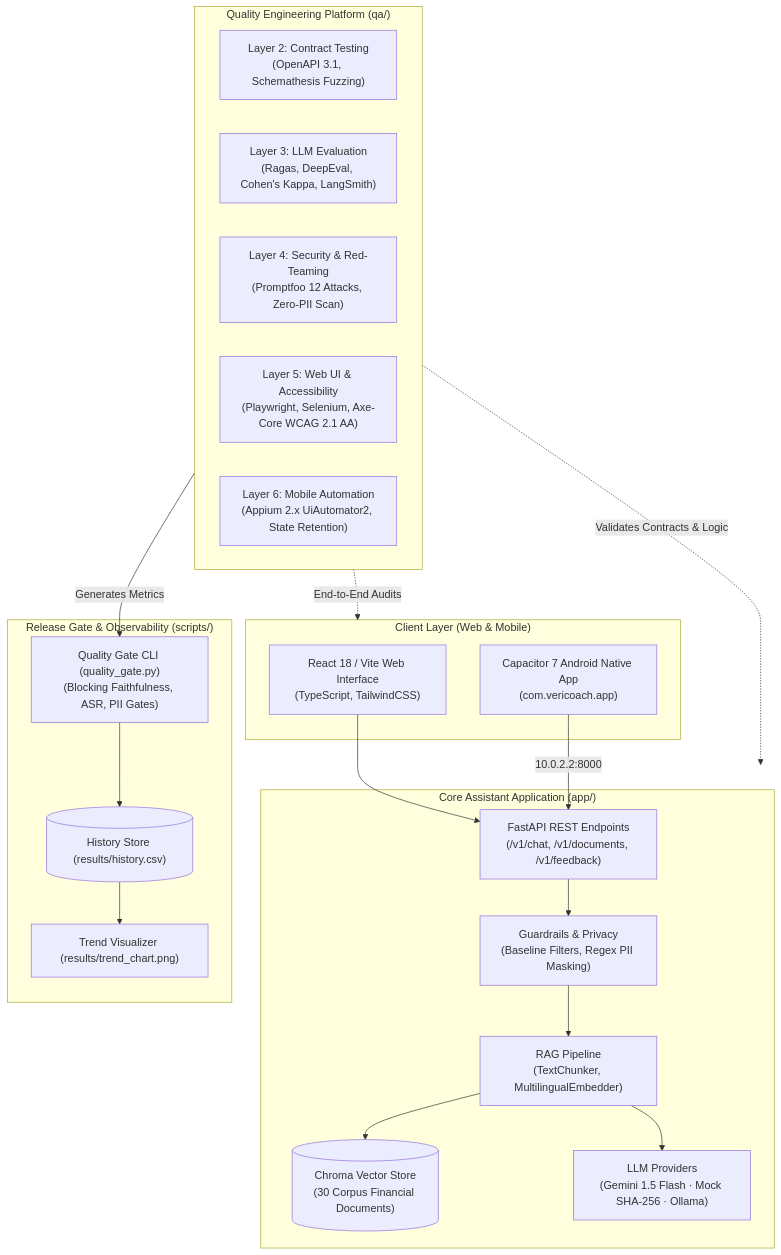
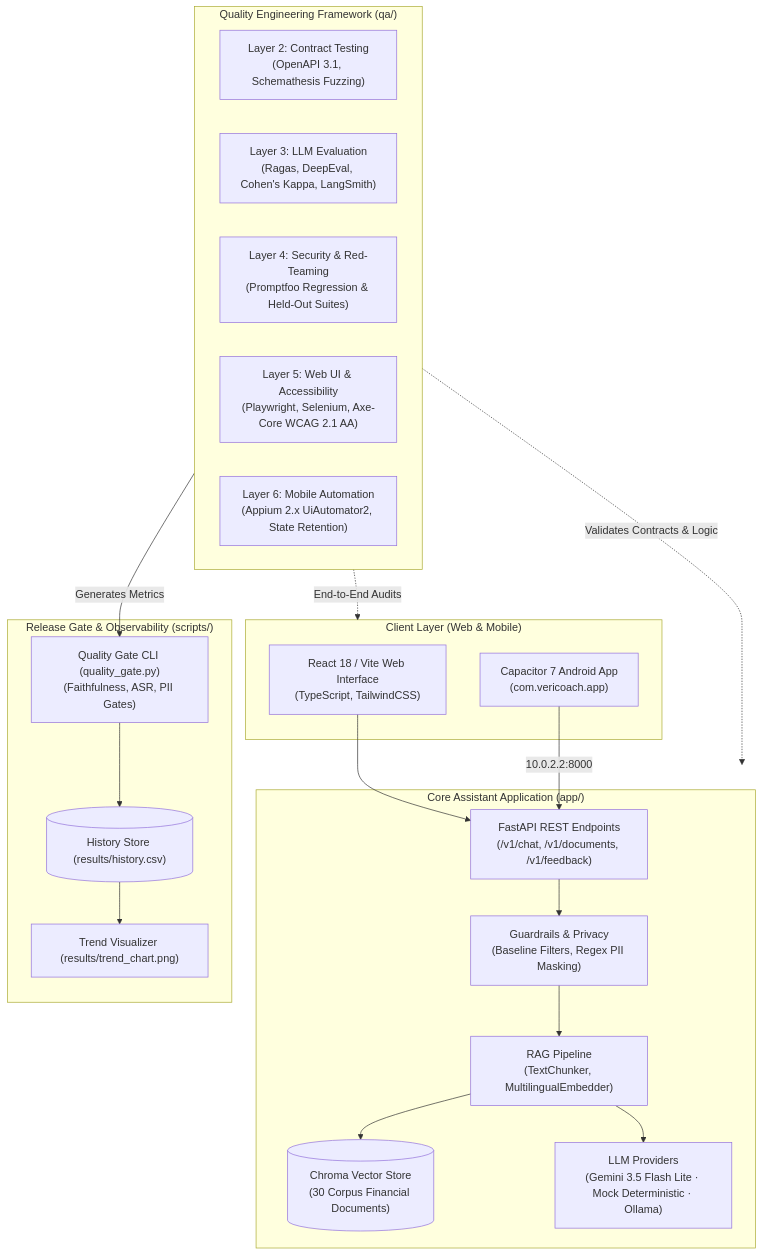
One commit to faraaz-748-019/VeriCoach changed the diagram in README.md. Above: the diagram before and after it, drawn with Mermaid. The commit also changed other lines of this file and 49 other files, not shown here.

````diff
--- a/README.md
+++ b/README.md
@@ -19,38 +19,38 @@
 ```mermaid
 graph TD
     subgraph Clients["Client Layer (Web & Mobile)"]
         UI["React 18 / Vite Web Interface\n(TypeScript, TailwindCSS)"]
-        MOB["Capacitor 7 Android Native App\n(com.vericoach.app)"]
+        MOB["Capacitor 7 Android App\n(com.vericoach.app)"]
     end
 
     subgraph Backend["Core Assistant Application (app/)"]
         API["FastAPI REST Endpoints\n(/v1/chat, /v1/documents, /v1/feedback)"]
         GUARD["Guardrails & Privacy\n(Baseline Filters, Regex PII Masking)"]
         RAG["RAG Pipeline\n(TextChunker, MultilingualEmbedder)"]
         CHROMA[("Chroma Vector Store\n(30 Corpus Financial Documents)")]
-        PROV["LLM Providers\n(Gemini 1.5 Flash · Mock SHA-256 · Ollama)"]
+        PROV["LLM Providers\n(Gemini 3.5 Flash Lite · Mock Deterministic · Ollama)"]
     end
 
-    subgraph QA["Quality Engineering Platform (qa/)"]
+    subgraph QA["Quality Engineering Framework (qa/)"]
         L2["Layer 2: Contract Testing\n(OpenAPI 3.1, Schemathesis Fuzzing)"]
         L3["Layer 3: LLM Evaluation\n(Ragas, DeepEval, Cohen's Kappa, LangSmith)"]
-        L4["Layer 4: Security & Red-Teaming\n(Promptfoo 12 Attacks, Zero-PII Scan)"]
+        L4["Layer 4: Security & Red-Teaming\n(Promptfoo Regression & Held-Out Suites)"]
         L5["Layer 5: Web UI & Accessibility\n(Playwright, Selenium, Axe-Core WCAG 2.1 AA)"]
         L6["Layer 6: Mobile Automation\n(Appium 2.x UiAutomator2, State Retention)"]
     end
 
     subgraph Delivery["Release Gate & Observability (scripts/)"]
-        GATE["Quality Gate CLI (quality_gate.py)\n(Blocking Faithfulness, ASR, PII Gates)"]
+        GATE["Quality Gate CLI (quality_gate.py)\n(Faithfulness, ASR, PII Gates)"]
         HIST[("History Store (results/history.csv)")]
         CHART["Trend Visualizer (results/trend_chart.png)"]
     end
 
     UI --> API
     MOB -->|"10.0.2.2:8000"| API
     API --> GUARD --> RAG --> CHROMA
     RAG --> PROV
     QA -.->|"Validates Contracts & Logic"| Backend
     QA -.->|"End-to-End Audits"| Clients
     QA -->|"Generates Metrics"| GATE
     GATE --> HIST --> CHART
 ```
````
